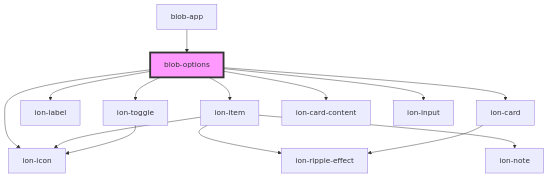
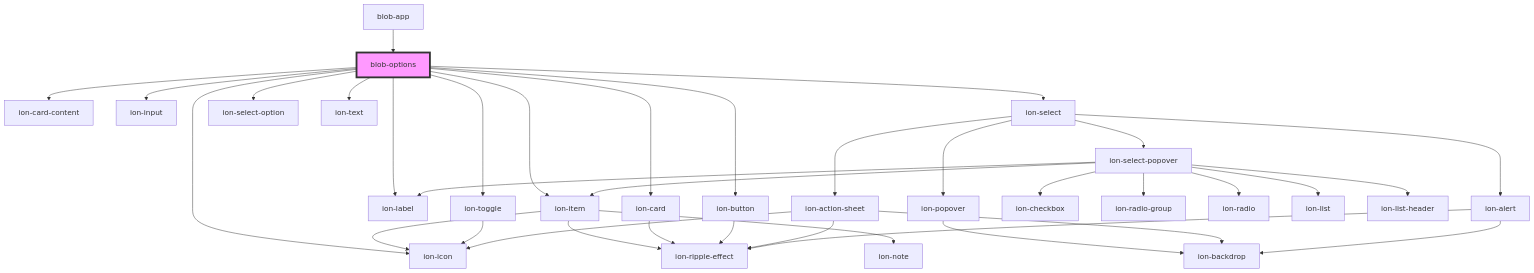
The diagram in src/components/blob-options/readme.md (Sukaato/blob-downloader), drawn with Mermaid before and after one commit. The commit also changed other lines of this file and 12 other files, not shown here.

````diff
--- a/src/components/blob-options/readme.md
+++ b/src/components/blob-options/readme.md
@@ -25,17 +29,39 @@
 ```mermaid
 graph TD;
   blob-options --> ion-item
   blob-options --> ion-icon
   blob-options --> ion-label
   blob-options --> ion-toggle
   blob-options --> ion-card
   blob-options --> ion-card-content
+  blob-options --> ion-button
   blob-options --> ion-input
+  blob-options --> ion-select
+  blob-options --> ion-select-option
+  blob-options --> ion-text
   ion-item --> ion-icon
   ion-item --> ion-ripple-effect
   ion-item --> ion-note
   ion-toggle --> ion-icon
   ion-card --> ion-ripple-effect
+  ion-button --> ion-ripple-effect
+  ion-select --> ion-select-popover
+  ion-select --> ion-popover
+  ion-select --> ion-action-sheet
+  ion-select --> ion-alert
+  ion-select-popover --> ion-item
+  ion-select-popover --> ion-checkbox
+  ion-select-popover --> ion-label
+  ion-select-popover --> ion-radio-group
+  ion-select-popover --> ion-radio
+  ion-select-popover --> ion-list
+  ion-select-popover --> ion-list-header
+  ion-popover --> ion-backdrop
+  ion-action-sheet --> ion-backdrop
+  ion-action-sheet --> ion-icon
+  ion-action-sheet --> ion-ripple-effect
+  ion-alert --> ion-ripple-effect
+  ion-alert --> ion-backdrop
   blob-app --> blob-options
   style blob-options fill:#f9f,stroke:#333,stroke-width:4px
 ```
````
